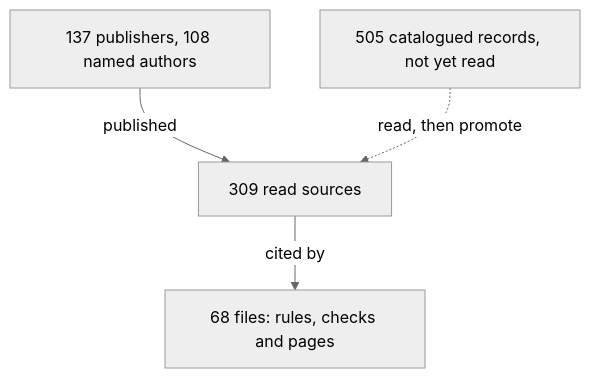
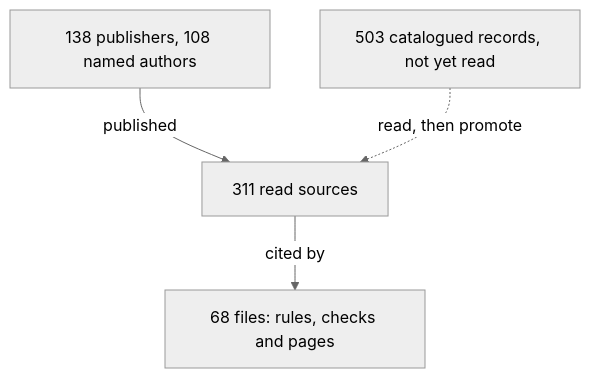
One commit to Valpatel/cad-agent changed the diagram in docs/practice/experts.md. Above: the diagram before and after it, drawn with Mermaid (neutral theme). The commit also changed other lines of this file and 5 other files, not shown here.

````diff
--- a/docs/practice/experts.md
+++ b/docs/practice/experts.md
@@ -6,7 +6,7 @@
 ```mermaid
 flowchart TD
-  P["137 publishers, 108 named authors"] -->|published| S["309 read sources"]
+  P["138 publishers, 108 named authors"] -->|published| S["311 read sources"]
   S -->|cited by| U["68 files: rules, checks and pages"]
-  C["505 catalogued records, not yet read"] -.->|read, then promote| S
+  C["503 catalogued records, not yet read"] -.->|read, then promote| S
   class S here
 ```
````
